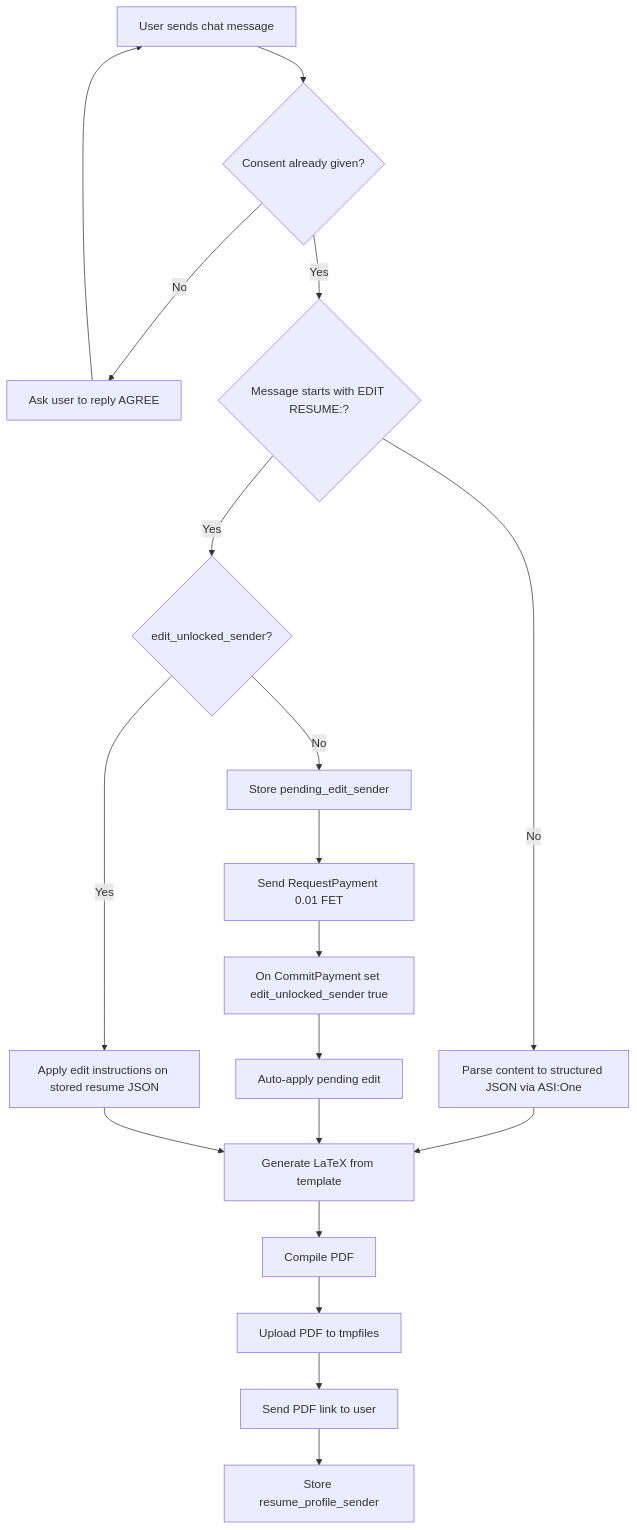
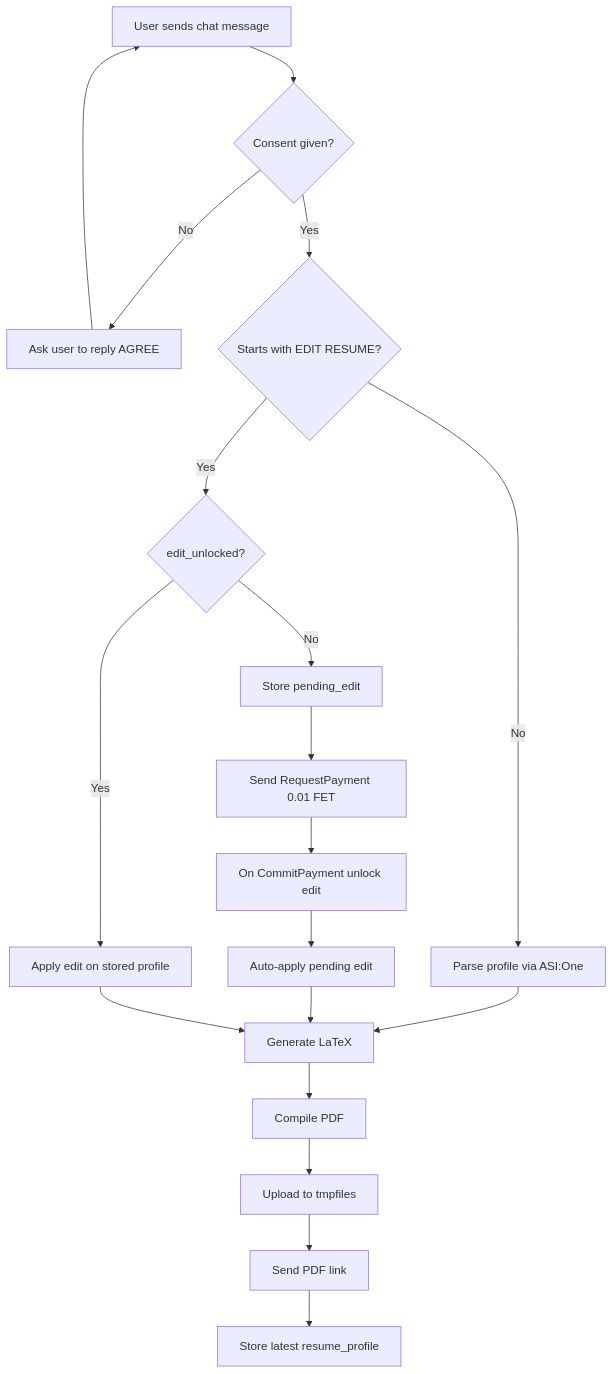
Before and after one commit to jettpihu/Resume_agent: the diagram in README.md, drawn with Mermaid. The commit also changed other lines of this file and 2 other files, not shown here.

Commit message:
(feat):fix the chat protocol and fix the payement proto

````diff
--- a/README.md
+++ b/README.md
@@ -54,24 +38,25 @@
 ```mermaid
 flowchart TD
-    A[User sends chat message] --> B{Consent already given?}
+    A[User sends chat message] --> B{Consent given?}
     B -- No --> C[Ask user to reply AGREE]
     C --> A
-    B -- Yes --> D{Message starts with EDIT RESUME:?}
 
-    D -- No --> E[Parse content to structured JSON via ASI:One]
-    E --> F[Generate LaTeX from template]
+    B -- Yes --> D{Starts with EDIT RESUME?}
+
+    D -- No --> E[Parse profile via ASI:One]
+    E --> F[Generate LaTeX]
     F --> G[Compile PDF]
-    G --> H[Upload PDF to tmpfiles]
-    H --> I[Send PDF link to user]
-    I --> J[Store resume_profile_sender]
+    G --> H[Upload to tmpfiles]
+    H --> I[Send PDF link]
+    I --> J[Store latest resume_profile]
 
-    D -- Yes --> K{edit_unlocked_sender?}
-    K -- No --> L[Store pending_edit_sender]
+    D -- Yes --> K{edit_unlocked?}
+    K -- No --> L[Store pending_edit]
     L --> M[Send RequestPayment 0.01 FET]
-    M --> N[On CommitPayment set edit_unlocked_sender true]
-    N --> P[Auto-apply pending edit]
+    M --> N[On CommitPayment unlock edit]
+    N --> O[Auto-apply pending edit]
+    O --> F
+
+    K -- Yes --> P[Apply edit on stored profile]
     P --> F
-
-    K -- Yes --> Q[Apply edit instructions on stored resume JSON]
-    Q --> F
 ```
````
